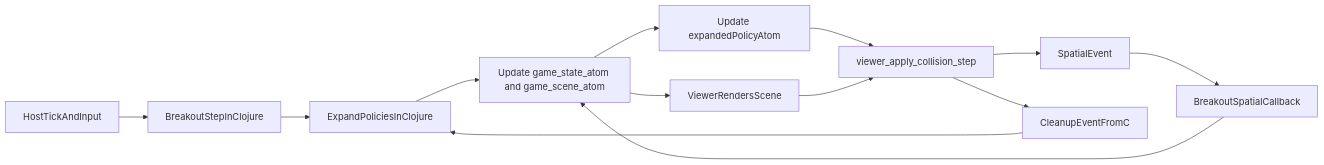
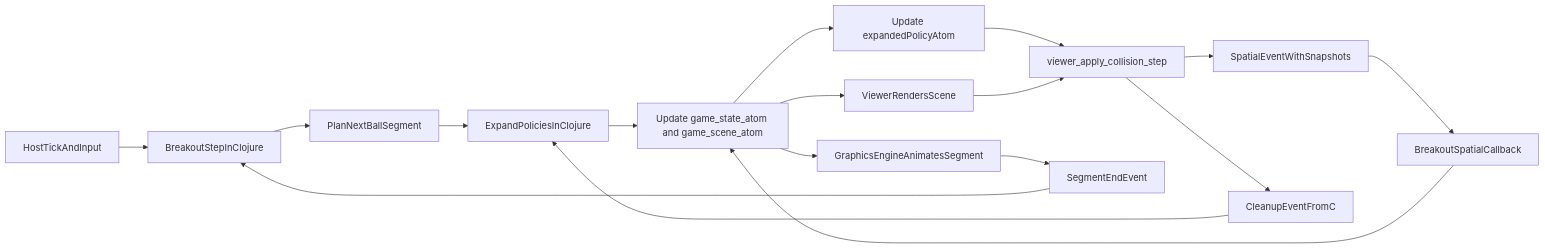
Before and after one commit to g3ntleman/tiny-clj: the diagram in Plans/breakout-collision-migration.plan.md, drawn with Mermaid. The commit also changed other lines of this file, not shown here.

First line of the commit message:
Refine Breakout collision migration plan.

````diff
--- a/Plans/breakout-collision-migration.plan.md
+++ b/Plans/breakout-collision-migration.plan.md
@@ -61,15 +68,19 @@
 ```mermaid
 flowchart LR
   hostTick[HostTickAndInput] --> cljStep[BreakoutStepInClojure]
-  cljStep --> expandPolicies[ExpandPoliciesInClojure]
+  cljStep --> planSegment[PlanNextBallSegment]
+  planSegment --> expandPolicies[ExpandPoliciesInClojure]
   expandPolicies --> publishAtoms[Update game_state_atom and game_scene_atom]
   publishAtoms --> viewerRender[ViewerRendersScene]
   publishAtoms --> publishPolicies[Update expandedPolicyAtom]
+  publishAtoms --> runSegment[GraphicsEngineAnimatesSegment]
   publishPolicies --> collisionStep[viewer_apply_collision_step]
   viewerRender --> collisionStep
-  collisionStep --> spatialEvent[SpatialEvent]
+  runSegment --> segmentEnd[SegmentEndEvent]
+  segmentEnd --> cljStep
+  collisionStep --> spatialEvent[SpatialEventWithSnapshots]
   spatialEvent --> cljCallback[BreakoutSpatialCallback]
   cljCallback --> publishAtoms
   collisionStep --> maintenanceEvent[CleanupEventFromC]
   maintenanceEvent --> expandPolicies
 ```
````
